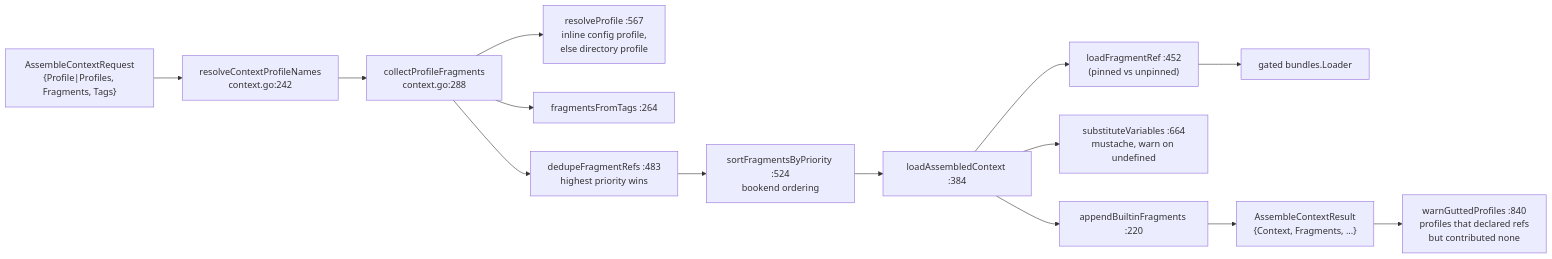
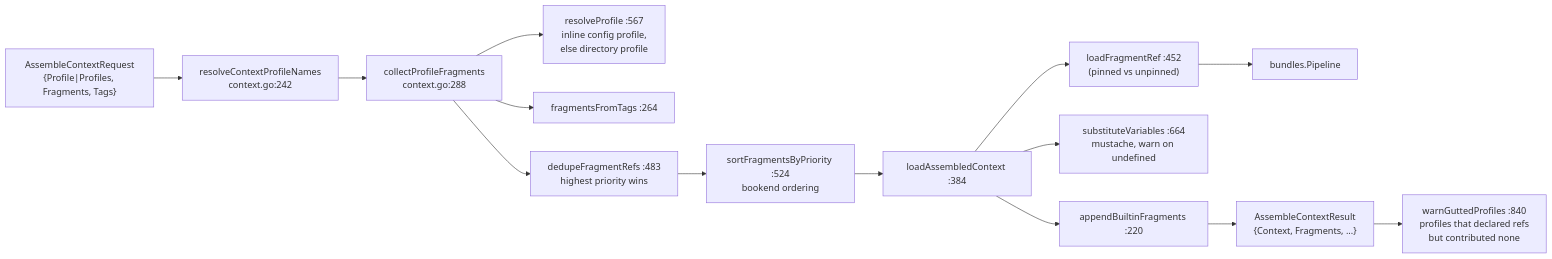
Before and after one commit to ctxloom/ctxloom: the second of 2 diagrams in docs/architecture/core/operations.md, drawn with Mermaid. The commit also changed other lines of this file and 62 other files, not shown here.

````diff
--- a/docs/architecture/core/operations.md
+++ b/docs/architecture/core/operations.md
@@ -184,16 +175,16 @@
 ```mermaid
 flowchart LR
     REQ["AssembleContextRequest<br/>{Profile|Profiles, Fragments, Tags}"] --> RCPN["resolveContextProfileNames<br/>context.go:242"]
     RCPN --> CPF["collectProfileFragments<br/>context.go:288"]
     CPF --> RP["resolveProfile :567<br/>inline config profile,<br/>else directory profile"]
     CPF --> FFT["fragmentsFromTags :264"]
     CPF --> DEDUP["dedupeFragmentRefs :483<br/>highest priority wins"]
     DEDUP --> SORT["sortFragmentsByPriority :524<br/>bookend ordering"]
     SORT --> LAC["loadAssembledContext :384"]
     LAC --> LFR["loadFragmentRef :452<br/>(pinned vs unpinned)"]
-    LFR --> GATED["gated bundles.Loader"]
+    LFR --> GATED["bundles.Pipeline"]
     LAC --> SV["substituteVariables :664<br/>mustache, warn on undefined"]
     LAC --> ABF["appendBuiltinFragments :220"]
     ABF --> OUT["AssembleContextResult<br/>{Context, Fragments, ...}"]
     OUT --> WGP["warnGuttedProfiles :840<br/>profiles that declared refs<br/>but contributed none"]
 ```
````
